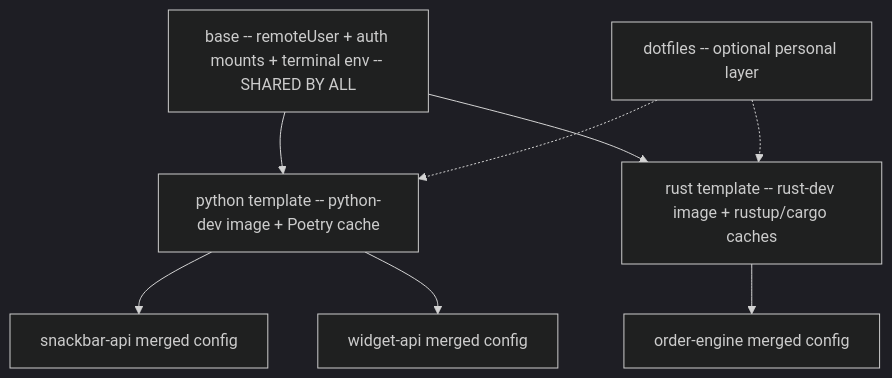
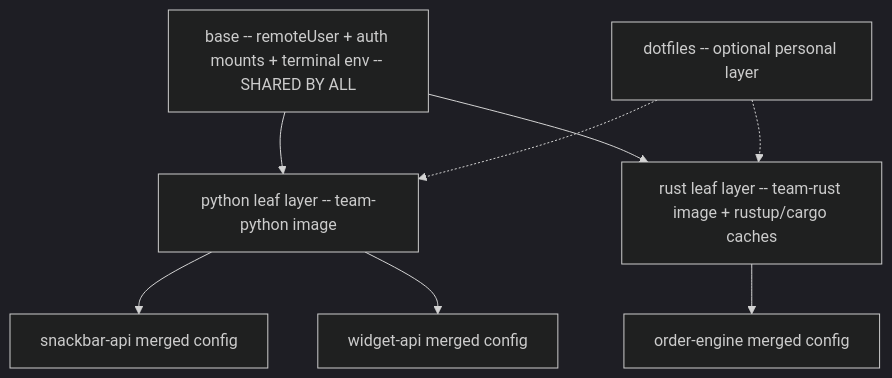
Before and after one commit to gubasso/devcontainerctl: the third of 4 diagrams in docs/WORKFLOW-COMPARISON.md, drawn with Mermaid (dark theme). The commit also changed other lines of this file and 59 other files, not shown here.

First line of the commit message:
refactor(dctl)!: drop dctl deploy and every shipped image and layer

````diff
--- a/docs/WORKFLOW-COMPARISON.md
+++ b/docs/WORKFLOW-COMPARISON.md
@@ -418,16 +416,16 @@
 ```mermaid
 graph TD
   BASE["base -- remoteUser + auth mounts + terminal env -- SHARED BY ALL"]
   DOT["dotfiles -- optional personal layer"]
-  PY["python template -- python-dev image + Poetry cache"]
-  RS["rust template -- rust-dev image + rustup/cargo caches"]
+  PY["python leaf layer -- team-python image"]
+  RS["rust leaf layer -- team-rust image + rustup/cargo caches"]
 
   BASE --> PY
   BASE --> RS
   DOT -.-> PY
   DOT -.-> RS
 
   PY --> S["snackbar-api merged config"]
   PY --> W["widget-api merged config"]
   RS --> O["order-engine merged config"]
 ```
````
